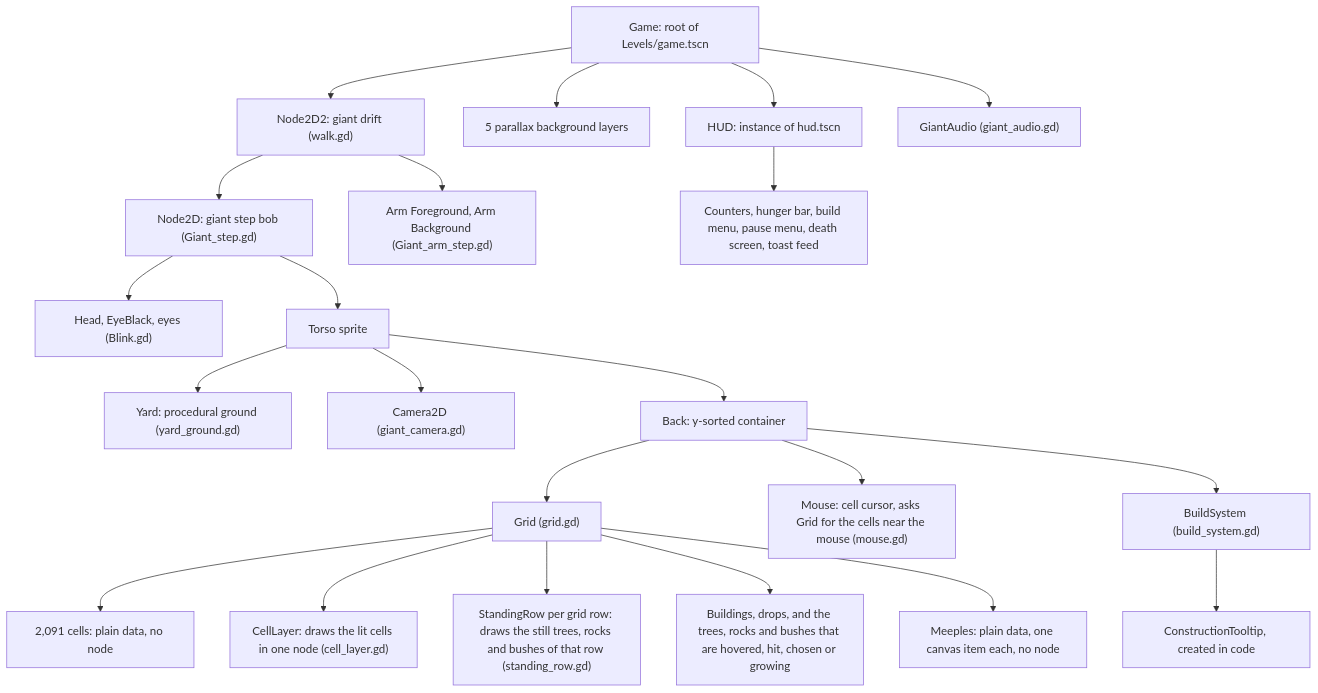
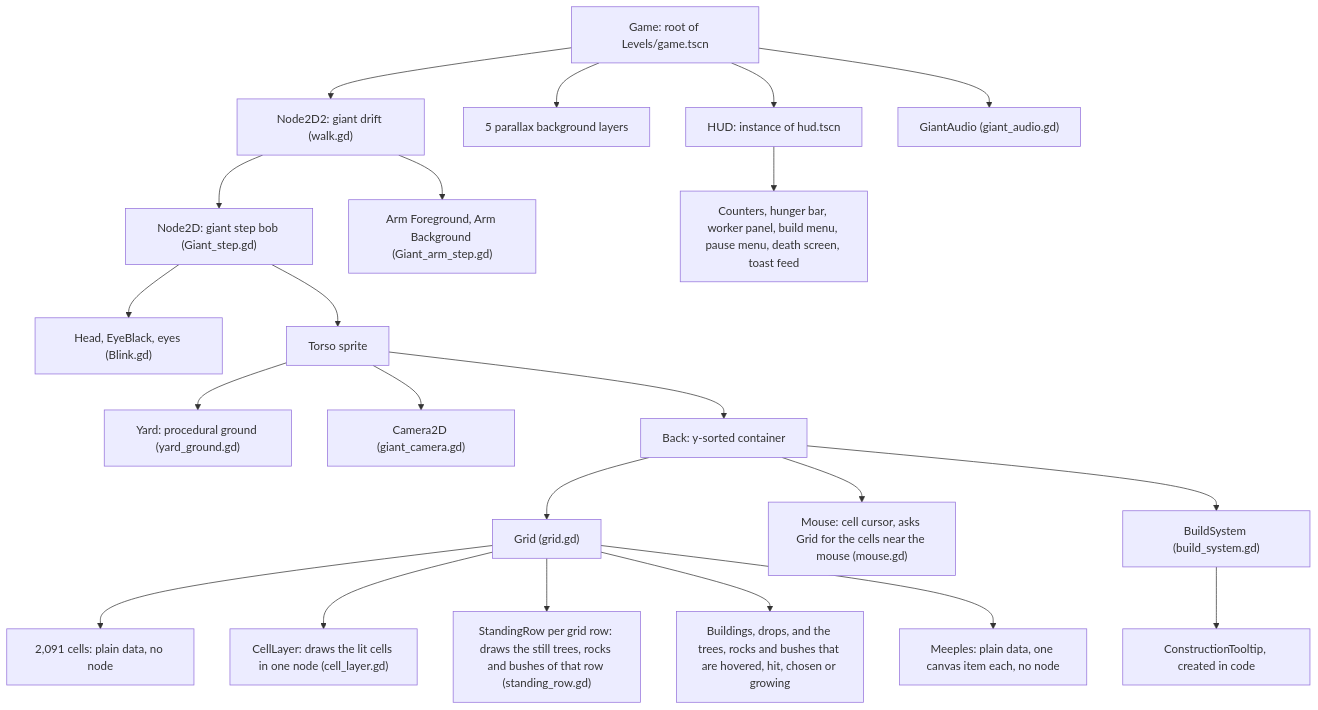
Before and after one commit to Liam-M-Mays/game-jam-2026: the third of 10 diagrams in docs/architecture.md, drawn with Mermaid. The commit also changed other lines of this file and 13 other files, not shown here.

First line of the commit message:
Rework part 4b: the worker panel (#104)

````diff
--- a/docs/architecture.md
+++ b/docs/architecture.md
@@ -134,47 +134,47 @@
 ```mermaid
 flowchart TD
     game["Game: root of Levels/game.tscn"]
     walk["Node2D2: giant drift (walk.gd)"]
     step["Node2D: giant step bob (Giant_step.gd)"]
     head["Head, EyeBlack, eyes (Blink.gd)"]
     arms["Arm Foreground, Arm Background (Giant_arm_step.gd)"]
     torso["Torso sprite"]
     yard["Yard: procedural ground (yard_ground.gd)"]
     camera["Camera2D (giant_camera.gd)"]
     back["Back: y-sorted container"]
     grid["Grid (grid.gd)"]
     cells["2,091 cells: plain data, no node"]
     cellLayer["CellLayer: draws the lit cells in one node (cell_layer.gd)"]
     rows["StandingRow per grid row: draws the still trees, rocks and bushes of that row (standing_row.gd)"]
     objects["Buildings, drops, and the trees, rocks and bushes that are hovered, hit, chosen or growing"]
     meeples["Meeples: plain data, one canvas item each, no node"]
     cursor["Mouse: cell cursor, asks Grid for the cells near the mouse (mouse.gd)"]
     buildSystem["BuildSystem (build_system.gd)"]
     tooltip["ConstructionTooltip, created in code"]
     parallax["5 parallax background layers"]
     hud["HUD: instance of hud.tscn"]
-    hudKids["Counters, hunger bar, build menu, pause menu, death screen, toast feed"]
+    hudKids["Counters, hunger bar, worker panel, build menu, pause menu, death screen, toast feed"]
     giantAudio["GiantAudio (giant_audio.gd)"]
 
     game --> walk
     walk --> step
     walk --> arms
     step --> head
     step --> torso
     torso --> yard
     torso --> camera
     torso --> back
     back --> grid
     back --> cursor
     back --> buildSystem
     grid --> cells
     grid --> cellLayer
     grid --> rows
     grid --> objects
     grid --> meeples
     buildSystem --> tooltip
     game --> parallax
     game --> hud
     hud --> hudKids
     game --> giantAudio
 ```
````
